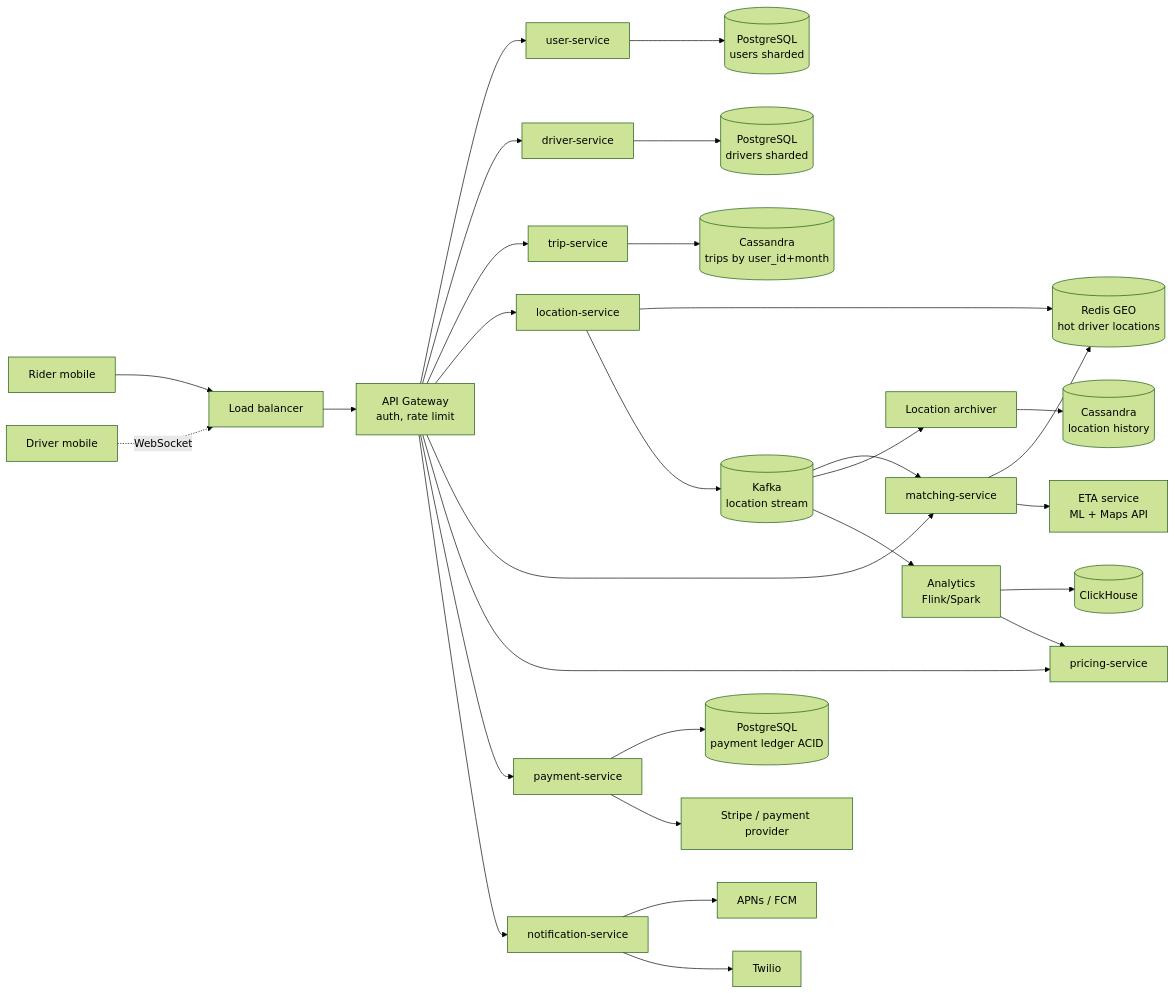
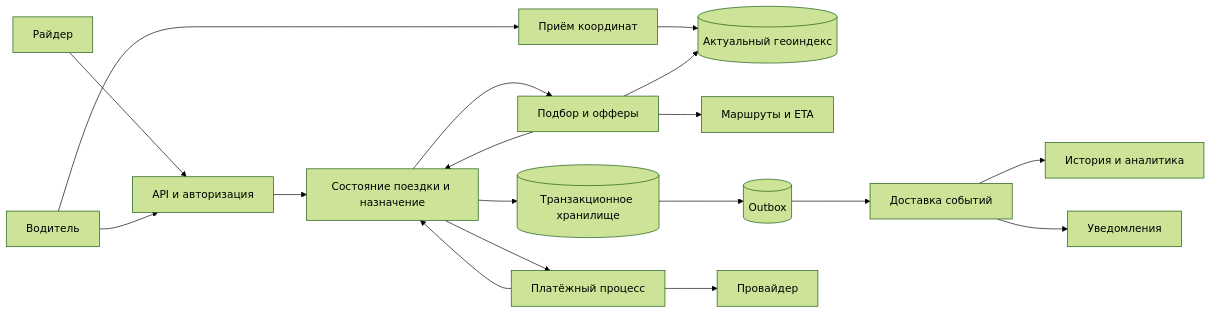
One commit to akeverus/cheat-sheet changed the first of 2 diagrams in cheatsheets/interview/system-design/design-uber-interview.md. Above: the diagram before and after it, drawn with Mermaid (forest theme). The commit also changed other lines of this file and 154 other files, not shown here.

````diff
--- a/cheatsheets/interview/system-design/design-uber-interview.md
+++ b/cheatsheets/interview/system-design/design-uber-interview.md
@@ -197,37 +158,20 @@
 ```mermaid
 flowchart LR
-    RiderApp[Rider mobile] --> LB[Load balancer]
-    DriverApp[Driver mobile] -.WebSocket.-> LB
-    LB --> GW[API Gateway<br/>auth, rate limit]
-
-    GW --> US[user-service]
-    GW --> DS[driver-service]
-    GW --> TS[trip-service]
-    GW --> LS[location-service]
-    GW --> MS[matching-service]
-    GW --> PS[pricing-service]
-    GW --> PAY[payment-service]
-    GW --> NS[notification-service]
-
-    US --> UDB[(PostgreSQL<br/>users sharded)]
-    DS --> DDB[(PostgreSQL<br/>drivers sharded)]
-    TS --> TDB[(Cassandra<br/>trips by user_id+month)]
-    LS --> Redis[(Redis GEO<br/>hot driver locations)]
-    LS --> Kafka[(Kafka<br/>location stream)]
-
-    Kafka --> MS
-    Kafka --> Hist[Location archiver]
-    Hist --> CDB[(Cassandra<br/>location history)]
-    Kafka --> An[Analytics<br/>Flink/Spark]
-    An --> CH[(ClickHouse)]
-    An --> PS
-
-    MS --> Redis
-    MS --> ETA[ETA service<br/>ML + Maps API]
-
-    PAY --> PDB[(PostgreSQL<br/>payment ledger ACID)]
-    PAY --> Stripe[Stripe / payment provider]
-
-    NS --> Push[APNs / FCM]
-    NS --> SMS[Twilio]
+    Rider[Райдер] --> API[API и авторизация]
+    Driver[Водитель] --> API
+    API --> Trip[Состояние поездки и назначение]
+    Driver --> Location[Приём координат]
+    Location --> Geo[(Актуальный геоиндекс)]
+    Trip --> Matching[Подбор и офферы]
+    Matching --> Geo
+    Matching --> ETA[Маршруты и ETA]
+    Matching --> Trip
+    Trip --> Store[(Транзакционное хранилище)]
+    Store --> Outbox[(Outbox)]
+    Outbox --> Events[Доставка событий]
+    Events --> History[История и аналитика]
+    Events --> Notify[Уведомления]
+    Trip --> Payment[Платёжный процесс]
+    Payment --> PSP[Провайдер]
+    Payment --> Trip
 ```
````
